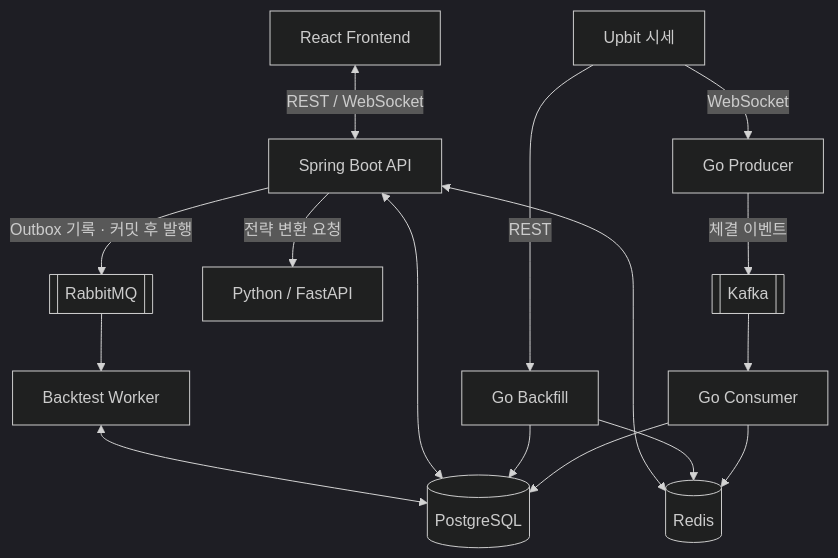
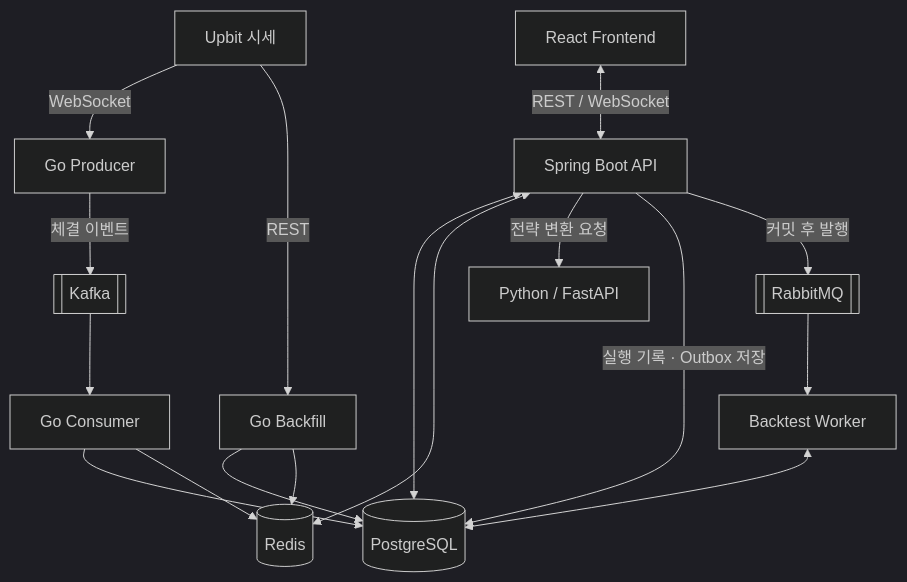
The diagram in README.md (NPrawn/AutoQuant), drawn with Mermaid (dark theme) before and after one commit. The commit also changed other lines of this file, not shown here.

```diff
--- a/README.md
+++ b/README.md
@@ -50,19 +28,20 @@
 ~~~mermaid
 flowchart TB
     U["Upbit 시세"] -->|"WebSocket"| P["Go Producer"]
     P -->|"체결 이벤트"| K[["Kafka"]]
     K --> C["Go Consumer"]
     U -->|"REST"| B["Go Backfill"]
     C --> PG[("PostgreSQL")]
     C --> R[("Redis")]
     B --> PG
     B --> R
 
     F["React Frontend"] <-->|"REST / WebSocket"| API["Spring Boot API"]
     API <--> PG
     API <--> R
     API -->|"전략 변환 요청"| AI["Python / FastAPI"]
-    API -->|"Outbox 기록 · 커밋 후 발행"| MQ[["RabbitMQ"]]
+    API -->|"실행 기록 · Outbox 저장"| PG
+    API -->|"커밋 후 발행"| MQ[["RabbitMQ"]]
     MQ --> W["Backtest Worker"]
     W <--> PG
 ~~~
```
